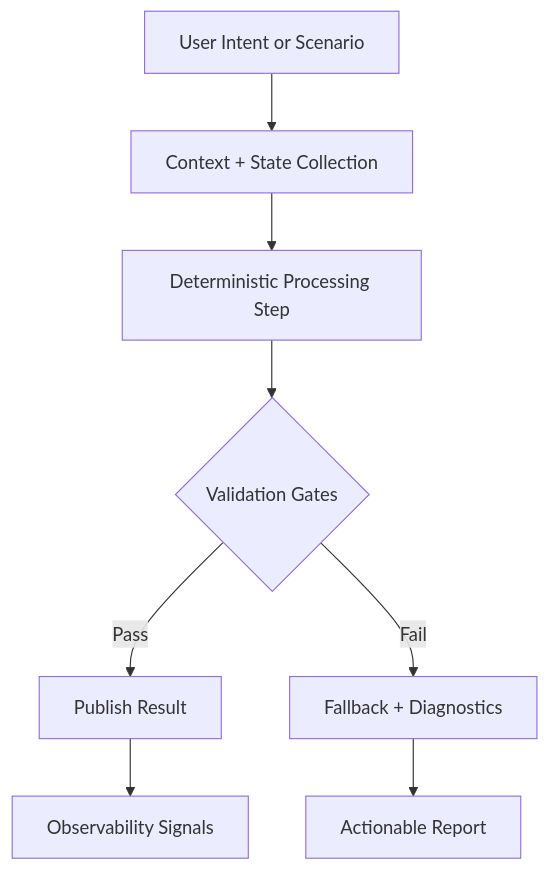
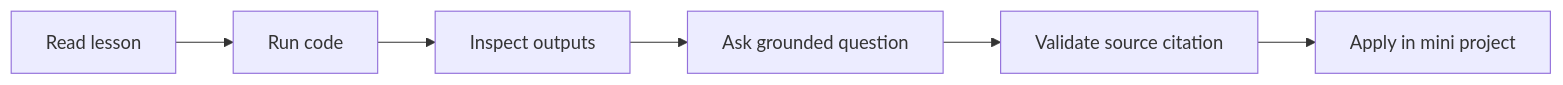
One commit to MariumAfzal2703/physical-ai-humanoid-robotics-textbook changed the diagram in docs/intro.mdx. Above: the diagram before and after it, drawn with Mermaid. The commit also changed other lines of this file and 13 other files, not shown here.

````diff
--- a/docs/intro.mdx
+++ b/docs/intro.mdx
@@ -18,10 +46,8 @@
 ```mermaid
-flowchart TD
-  A[User Intent or Scenario] --> B[Context + State Collection]
-  B --> C[Deterministic Processing Step]
-  C --> D{Validation Gates}
-  D -- Pass --> E[Publish Result]
-  D -- Fail --> F[Fallback + Diagnostics]
-  F --> G[Actionable Report]
-  E --> H[Observability Signals]
+flowchart LR
+  A[Read lesson] --> B[Run code]
+  B --> C[Inspect outputs]
+  C --> D[Ask grounded question]
+  D --> E[Validate source citation]
+  E --> F[Apply in mini project]
 ```
````
